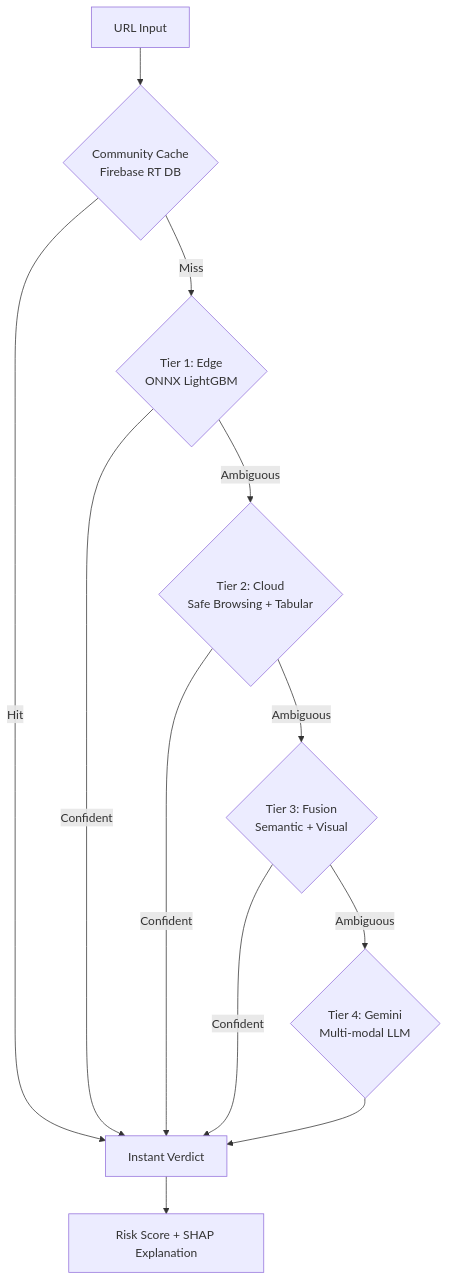
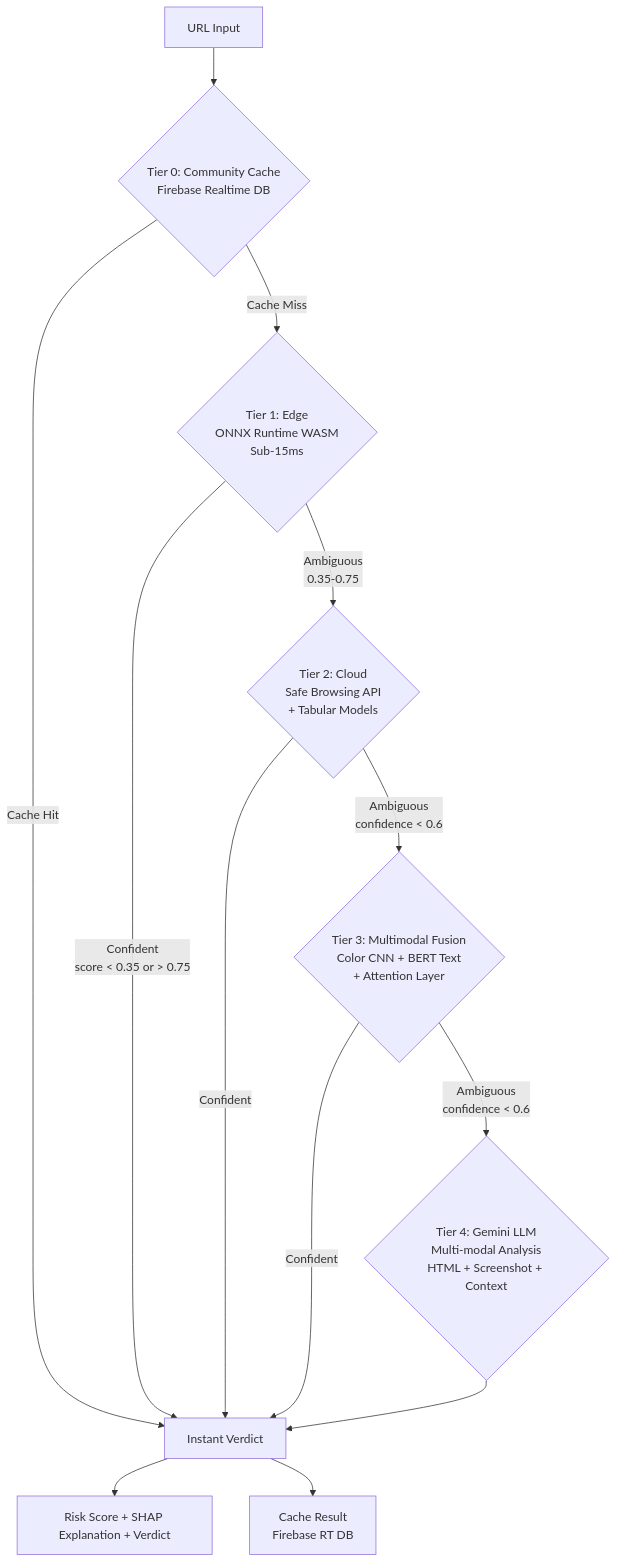
The diagram in README.md (01prakash-aditya/capstone_phishguard), drawn with Mermaid before and after one commit. The commit also changed other lines of this file and 28 other files, not shown here.

````diff
--- a/README.md
+++ b/README.md
@@ -15,18 +18,19 @@
 ```mermaid
 graph TD
-    A[URL Input] --> B{Community Cache<br/>Firebase RT DB}
-    B -- Hit --> Z[Instant Verdict]
-    B -- Miss --> C{Tier 1: Edge<br/>ONNX LightGBM}
+    A[URL Input] --> B{Tier 0: Community Cache<br/>Firebase Realtime DB}
+    B -- Cache Hit --> Z[Instant Verdict]
+    B -- Cache Miss --> C{Tier 1: Edge<br/>ONNX Runtime WASM<br/>Sub-15ms}
     
-    C -- Confident --> Z
-    C -- Ambiguous --> D{Tier 2: Cloud<br/>Safe Browsing + Tabular}
+    C -- Confident<br/>score < 0.35 or > 0.75 --> Z
+    C -- Ambiguous<br/>0.35-0.75 --> D{Tier 2: Cloud<br/>Safe Browsing API<br/>+ Tabular Models}
     
     D -- Confident --> Z
-    D -- Ambiguous --> E{Tier 3: Fusion<br/>Semantic + Visual}
+    D -- Ambiguous<br/>confidence < 0.6 --> E{Tier 3: Multimodal Fusion<br/>Color CNN + BERT Text<br/>+ Attention Layer}
     
     E -- Confident --> Z
-    E -- Ambiguous --> F{Tier 4: Gemini<br/>Multi-modal LLM}
+    E -- Ambiguous<br/>confidence < 0.6 --> F{Tier 4: Gemini LLM<br/>Multi-modal Analysis<br/>HTML + Screenshot + Context}
     
     F --> Z
-    Z --> G[Risk Score + SHAP Explanation]
+    Z --> G[Risk Score + SHAP Explanation + Verdict]
+    Z --> H[Cache Result<br/>Firebase RT DB]
 ```
````
